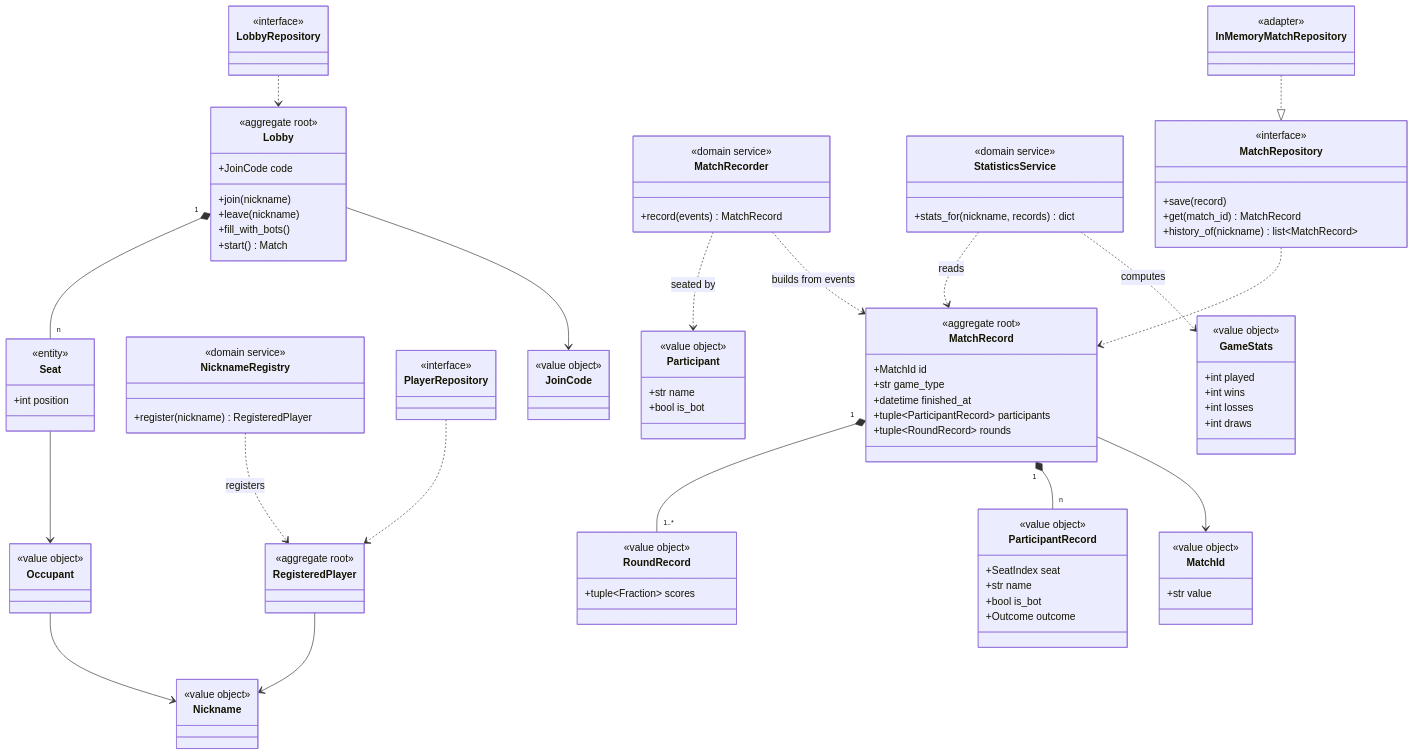
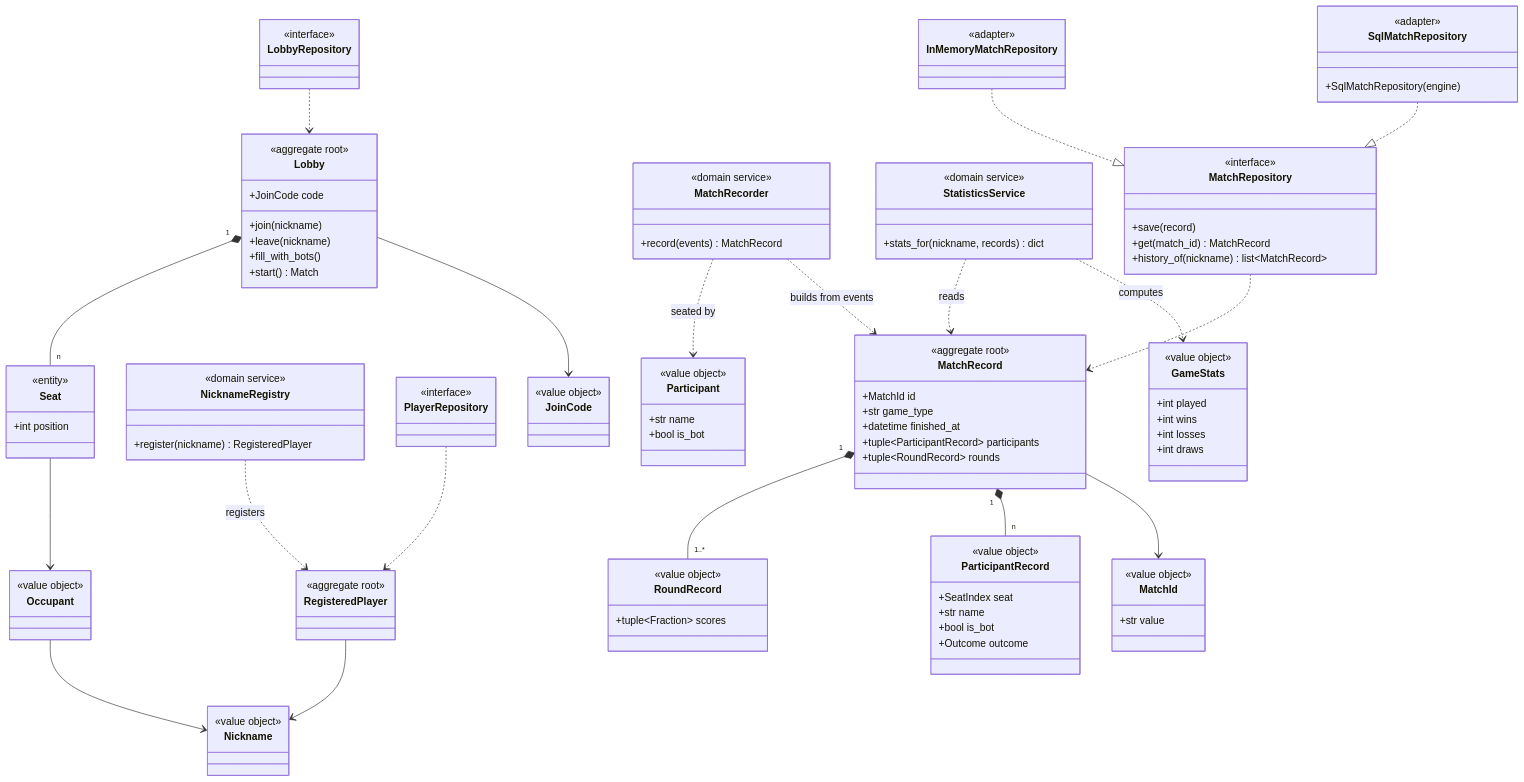
The third of 3 diagrams in docs/domain-model.md (unibo-dtm-se-2526-italian-card-games/artifact), drawn with Mermaid before and after one commit. The commit also changed other lines of this file, not shown here.

Commit message:
docs(domain-model): describe SqlMatchRepository, its tables and the time-zone rule for MatchRecord

````diff
--- a/docs/domain-model.md
+++ b/docs/domain-model.md
@@ -333,6 +339,10 @@
     class InMemoryMatchRepository {
         <<adapter>>
     }
+    class SqlMatchRepository {
+        <<adapter>>
+        +SqlMatchRepository(engine)
+    }
     class LobbyRepository {
         <<interface>>
     }
@@ -353,5 +363,6 @@
     StatisticsService ..> GameStats : computes
     MatchRepository ..> MatchRecord
     InMemoryMatchRepository ..|> MatchRepository
+    SqlMatchRepository ..|> MatchRepository
     LobbyRepository ..> Lobby
 ```
````
